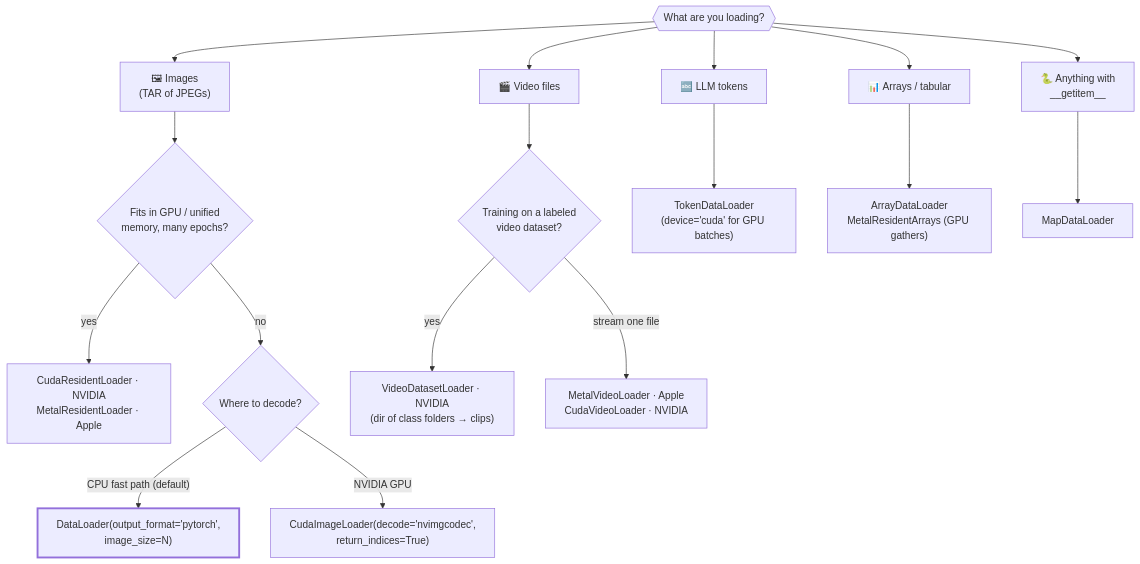
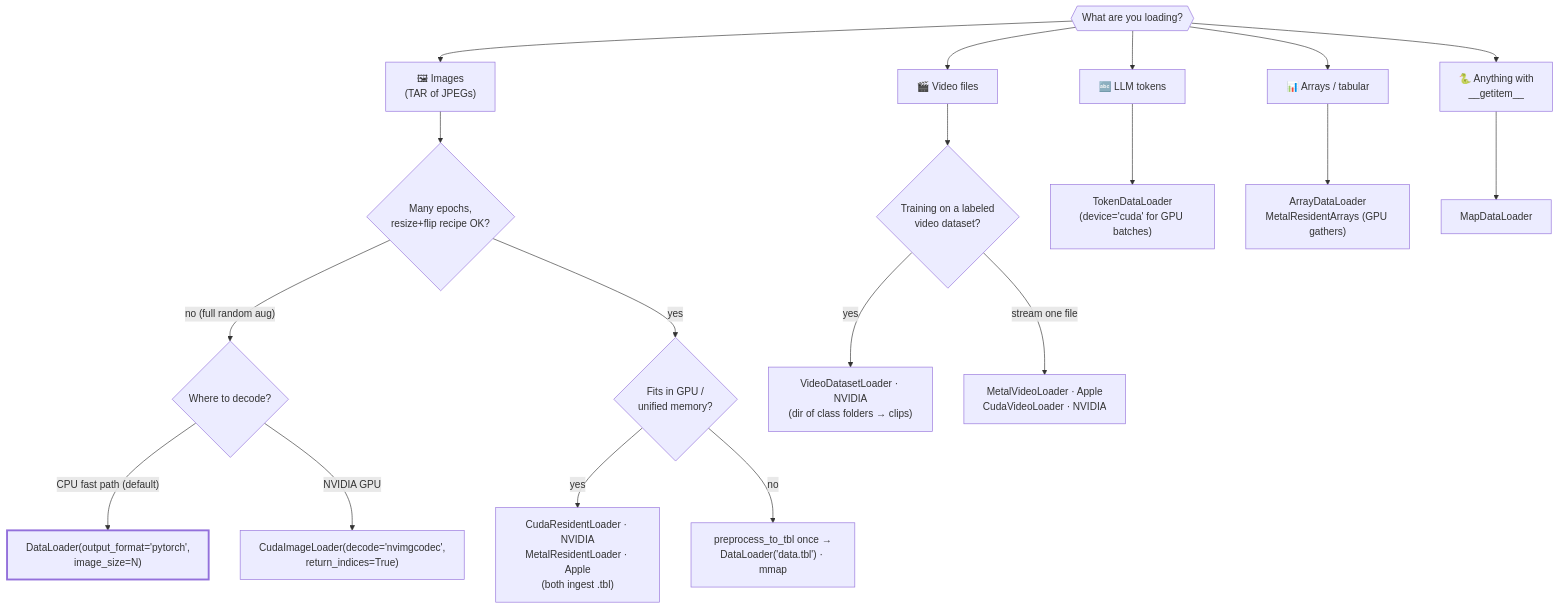
Before and after one commit to ALJainProjects/TurboLoader: the second of 3 diagrams in README.md, drawn with Mermaid. The commit also changed other lines of this file and 14 other files, not shown here.

First line of the commit message:
feat: TBL-RAW pre-processed pipeline — decode once, mmap-serve every epoch (#18)

````diff
--- a/README.md
+++ b/README.md
@@ -42,23 +43,25 @@
 ```mermaid
 flowchart TD
     S{{"What are you loading?"}}
     S --> IMG["🖼 Images<br/>(TAR of JPEGs)"]
     S --> VID["🎬 Video files"]
     S --> TOK["🔤 LLM tokens"]
     S --> ARR["📊 Arrays / tabular"]
     S --> ANY["🐍 Anything with<br/>__getitem__"]
 
-    IMG --> Q1{"Fits in GPU / unified<br/>memory, many epochs?"}
-    Q1 -- yes --> RES["CudaResidentLoader · NVIDIA<br/>MetalResidentLoader · Apple"]
-    Q1 -- no --> Q2{"Where to decode?"}
+    IMG --> Q0{"Many epochs,<br/>resize+flip recipe OK?"}
+    Q0 -- "no (full random aug)" --> Q2{"Where to decode?"}
+    Q0 -- yes --> Q1{"Fits in GPU /<br/>unified memory?"}
+    Q1 -- yes --> RES["CudaResidentLoader · NVIDIA<br/>MetalResidentLoader · Apple<br/>(both ingest .tbl)"]
+    Q1 -- no --> TBL["preprocess_to_tbl once →<br/>DataLoader('data.tbl') · mmap"]
     Q2 -- "CPU fast path (default)" --> DL["DataLoader(output_format='pytorch',<br/>image_size=N)"]
     Q2 -- "NVIDIA GPU" --> CIL["CudaImageLoader(decode='nvimgcodec',<br/>return_indices=True)"]
     VID --> QV{"Training on a labeled<br/>video dataset?"}
     QV -- yes --> VDS["VideoDatasetLoader · NVIDIA<br/>(dir of class folders → clips)"]
     QV -- "stream one file" --> MV["MetalVideoLoader · Apple<br/>CudaVideoLoader · NVIDIA"]
     TOK --> TDL["TokenDataLoader<br/>(device='cuda' for GPU batches)"]
     ARR --> ADL["ArrayDataLoader<br/>MetalResidentArrays (GPU gathers)"]
     ANY --> MAP["MapDataLoader"]
 
     style DL stroke-width:3px
 ```
````
